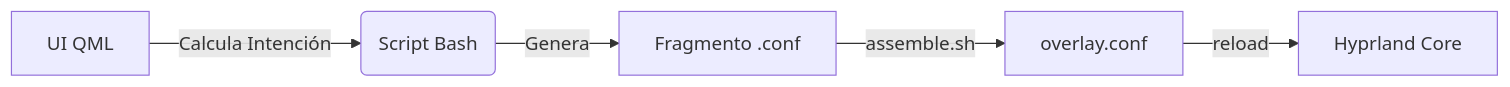
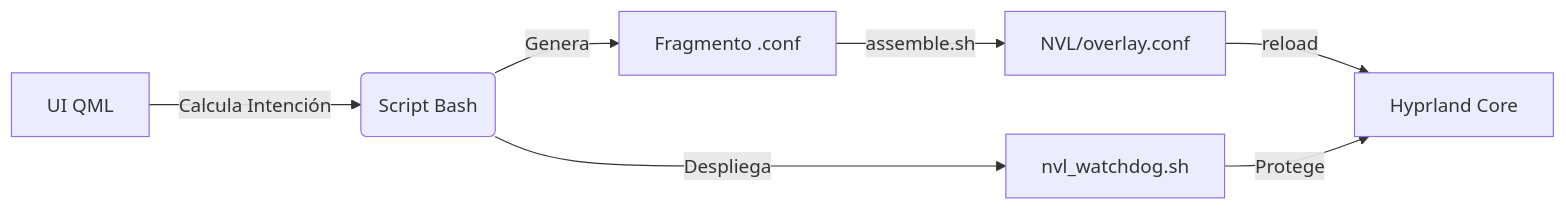
The diagram in LEEME.md (XimoCP/hyprland-visual-editor), drawn with Mermaid before and after one commit. The commit also changed other lines of this file and 27 other files, not shown here.

First line of the commit message:
feat: New secure architecture with Guardian Shield

````diff
--- a/LEEME.md
+++ b/LEEME.md
@@ -76,8 +82,10 @@
 ```mermaid
 graph LR
     A[UI QML] -->|Calcula Intención| B(Script Bash)
     B -->|Genera| C[Fragmento .conf]
-    C -->|assemble.sh| D[overlay.conf]
+    B -->|Despliega| W[nvl_watchdog.sh]
+    C -->|assemble.sh| D[NVL/overlay.conf]
     D -->|reload| E[Hyprland Core]
+    W -->|Protege| E
 
 ```
````
